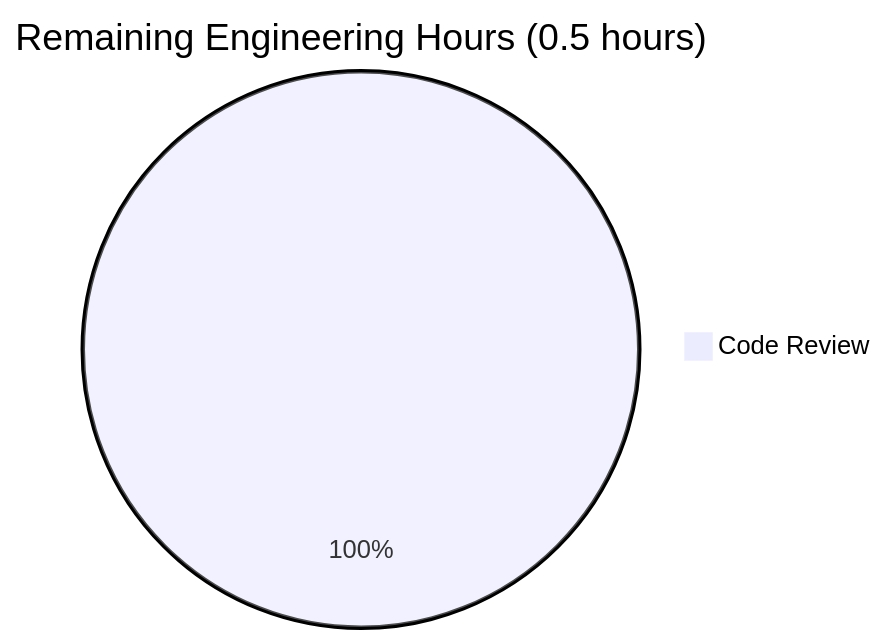
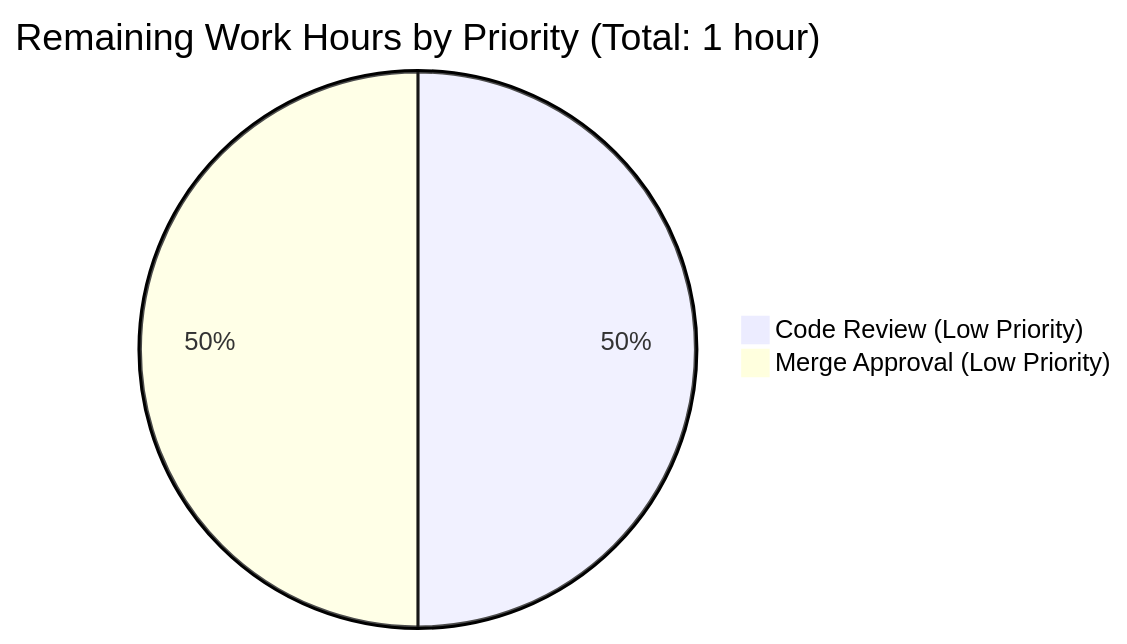
One commit to prasad-blitzy/quick-repo-4 changed the second of 2 diagrams in blitzy/documentation/Project Guide.md. Above: the diagram before and after it, drawn with Mermaid. The commit also changed other lines of this file, not shown here.

Commit message:
Adding Blitzy Project Guide: Project Status and Human Tasks Remaining

````diff
--- a/blitzy/documentation/Project Guide.md
+++ b/blitzy/documentation/Project Guide.md
@@ -86,4 +478,5 @@
 ```mermaid
-pie title Remaining Engineering Hours (0.5 hours)
-    "Code Review" : 0.5
+pie title Remaining Work Hours by Priority (Total: 1 hour)
+    "Code Review (Low Priority)" : 0.5
+    "Merge Approval (Low Priority)" : 0.5
 ```
````
